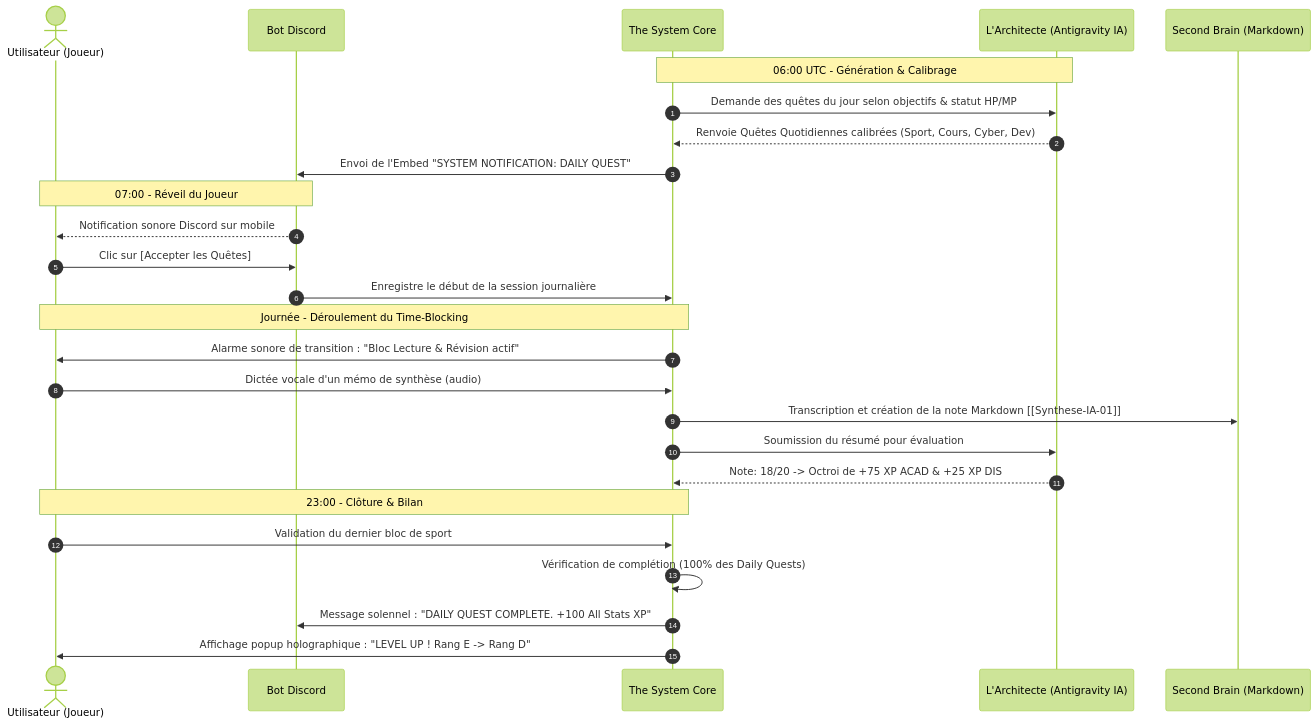
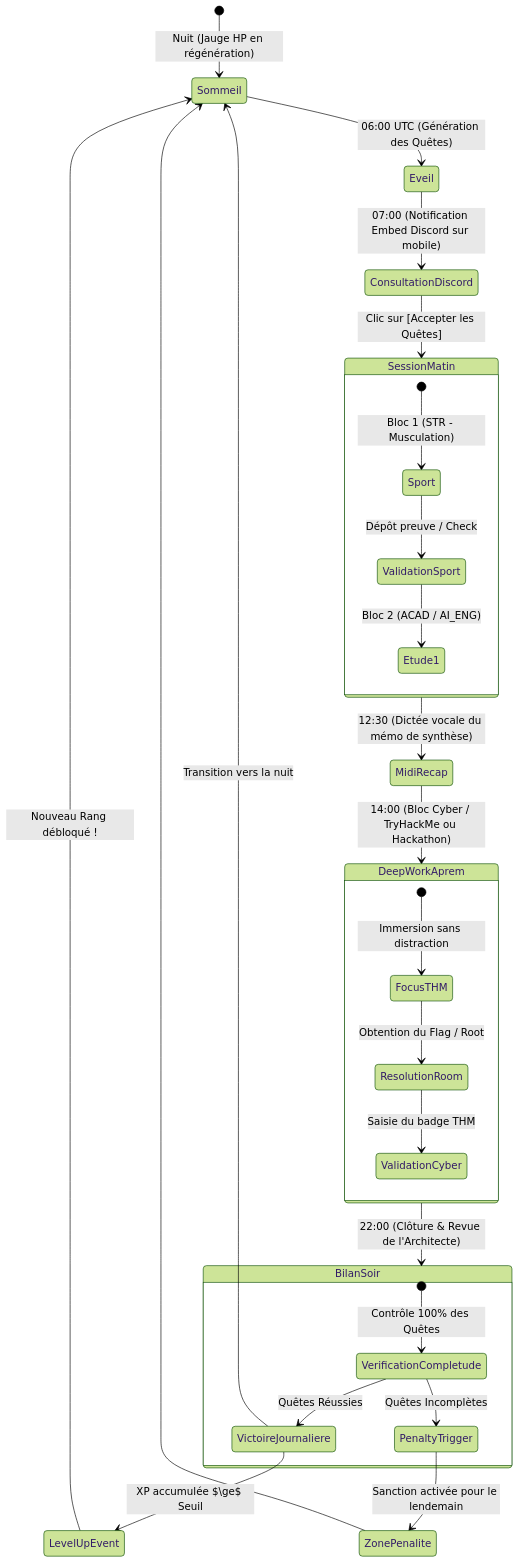
One commit to GeovanioH/LevelUp changed the diagram in docs/03-APP_FLOW.md. Above: the diagram before and after it, drawn with Mermaid (forest theme). The commit also changed other lines of this file and 11 other files, not shown here.

Commit message:
docs: massively expand all foundational specs, architecture diagrams, Prisma schema, and test protocols

````diff
--- a/docs/03-APP_FLOW.md
+++ b/docs/03-APP_FLOW.md
@@ -10,32 +15,37 @@
 ```mermaid
-sequenceDiagram
-    autonumber
-    actor Joueur as Utilisateur (Joueur)
-    participant Discord as Bot Discord
-    participant Backend as The System Core
-    participant Architect as L'Architecte (Antigravity IA)
-    participant Brain as Second Brain (Markdown)
+stateDiagram-v2
+    [*] --> Sommeil: Nuit (Jauge HP en régénération)
+    
+    Sommeil --> Eveil: 06:00 UTC (Génération des Quêtes)
+    Eveil --> ConsultationDiscord: 07:00 (Notification Embed Discord sur mobile)
+    ConsultationDiscord --> SessionMatin: Clic sur [Accepter les Quêtes]
+    
+    state SessionMatin {
+        [*] --> Sport: Bloc 1 (STR - Musculation)
+        Sport --> ValidationSport: Dépôt preuve / Check
+        ValidationSport --> Etude1: Bloc 2 (ACAD / AI_ENG)
+    }
 
-    Note over Backend,Architect: 06:00 UTC - Génération & Calibrage
-    Backend->>Architect: Demande des quêtes du jour selon objectifs & statut HP/MP
-    Architect-->>Backend: Renvoie Quêtes Quotidiennes calibrées (Sport, Cours, Cyber, Dev)
-    Backend->>Discord: Envoi de l'Embed "SYSTEM NOTIFICATION: DAILY QUEST"
+    SessionMatin --> MidiRecap: 12:30 (Dictée vocale du mémo de synthèse)
+    MidiRecap --> DeepWorkAprem: 14:00 (Bloc Cyber / TryHackMe ou Hackathon)
+    
+    state DeepWorkAprem {
+        [*] --> FocusTHM: Immersion sans distraction
+        FocusTHM --> ResolutionRoom: Obtention du Flag / Root
+        ResolutionRoom --> ValidationCyber: Saisie du badge THM
+    }
 
-    Note over Joueur,Discord: 07:00 - Réveil du Joueur
-    Discord-->>Joueur: Notification sonore Discord sur mobile
-    Joueur->>Discord: Clic sur [Accepter les Quêtes]
-    Discord->>Backend: Enregistre le début de la session journalière
+    DeepWorkAprem --> BilanSoir: 22:00 (Clôture & Revue de l'Architecte)
+    
+    state BilanSoir {
+        [*] --> VerificationCompletude: Contrôle 100% des Quêtes
+        VerificationCompletude --> VictoireJournaliere: Quêtes Réussies
+        VerificationCompletude --> PenaltyTrigger: Quêtes Incomplètes
+    }
 
-    Note over Joueur,Backend: Journée - Déroulement du Time-Blocking
-    Backend->>Joueur: Alarme sonore de transition : "Bloc Lecture & Révision actif"
-    Joueur->>Backend: Dictée vocale d'un mémo de synthèse (audio)
-    Backend->>Brain: Transcription et création de la note Markdown [[Synthese-IA-01]]
-    Backend->>Architect: Soumission du résumé pour évaluation
-    Architect-->>Backend: Note: 18/20 -> Octroi de +75 XP ACAD & +25 XP DIS
-
-    Note over Joueur,Backend: 23:00 - Clôture & Bilan
-    Joueur->>Backend: Validation du dernier bloc de sport
-    Backend->>Backend: Vérification de complétion (100% des Daily Quests)
-    Backend->>Discord: Message solennel : "DAILY QUEST COMPLETE. +100 All Stats XP"
-    Backend->>Joueur: Affichage popup holographique : "LEVEL UP ! Rang E -> Rang D"
+    VictoireJournaliere --> LevelUpEvent: XP accumulée $\ge$ Seuil
+    VictoireJournaliere --> Sommeil: Transition vers la nuit
+    LevelUpEvent --> Sommeil: Nouveau Rang débloqué !
+    PenaltyTrigger --> ZonePenalite: Sanction activée pour le lendemain
+    ZonePenalite --> Sommeil
 ```
````
